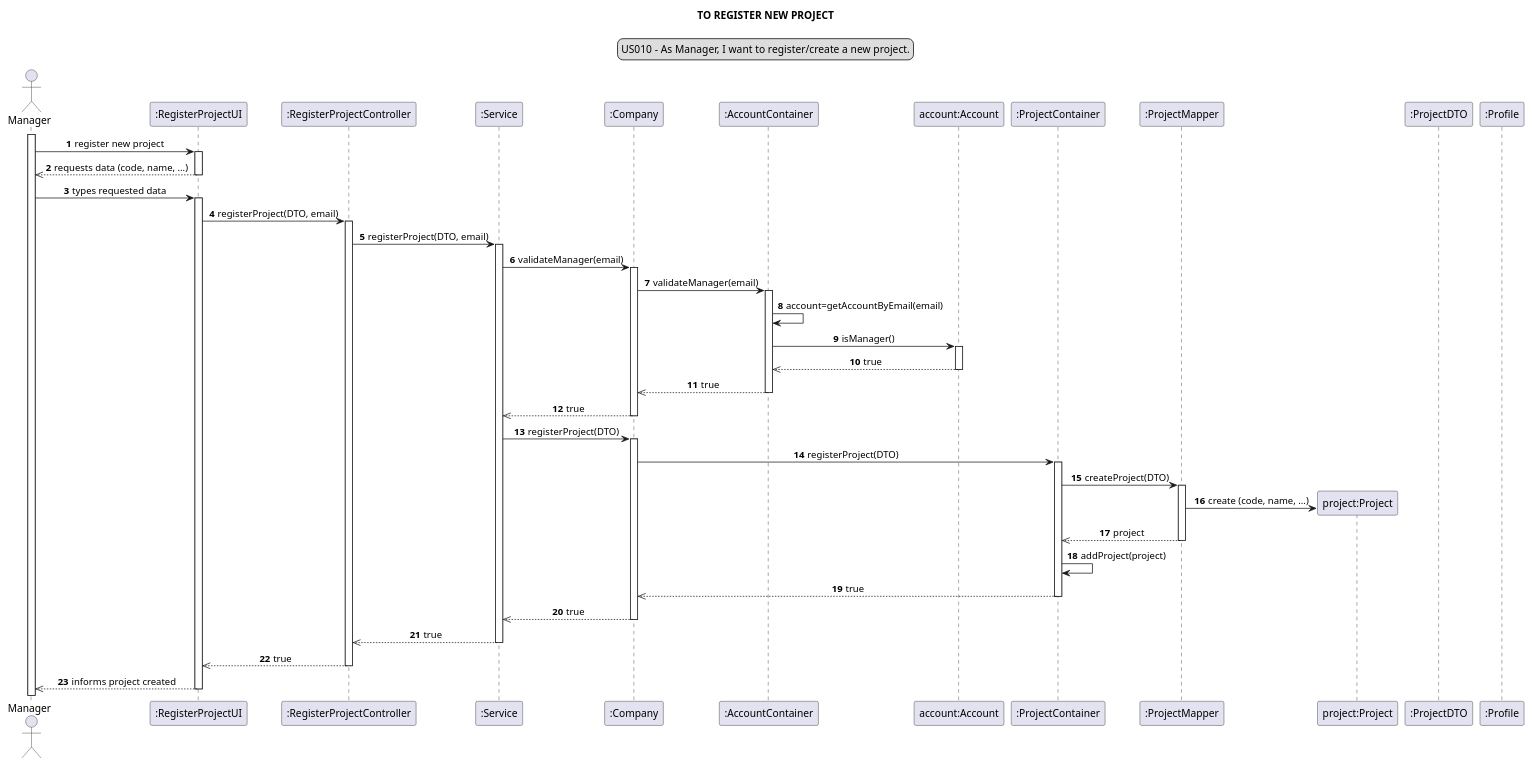
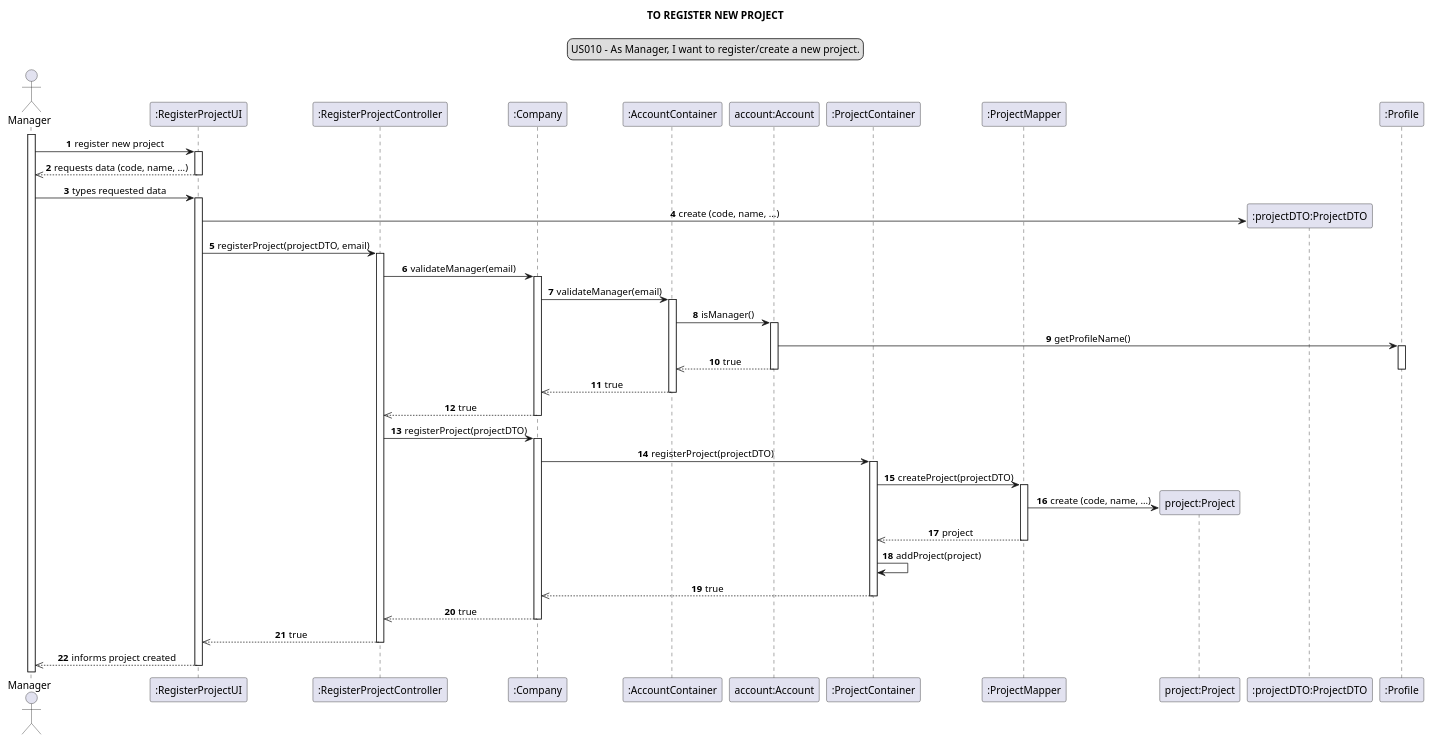
Before and after one commit to Loracline/project_switch_22-23: the diagram in docs/modelling_design/user_stories/us010/US010_sequenceDiagram.puml, drawn with PlantUML.

Commit message:
US010 : Design : Refinement of Sequence Diagram.

```diff
--- a/docs/modelling_design/user_stories/us010/US010_sequenceDiagram.puml
+++ b/docs/modelling_design/user_stories/us010/US010_sequenceDiagram.puml
@@ -1,69 +1,70 @@
 @startuml
 
 skinparam sequenceMessageAlign center
 title TO REGISTER NEW PROJECT
 legend top
 US010 - As Manager, I want to register/create a new project.
 end legend
 autonumber
 
 actor Manager as mg
 participant ":RegisterProjectUI" as ui
 participant ":RegisterProjectController" as controller
-participant ":Service" as ser
 participant ":Company" as comp
 participant ":AccountContainer" as ac
 participant "account:Account" as a
 participant ":ProjectContainer" as PC
 participant ":ProjectMapper" as mapper
 participant "project:Project" as project
-participant ":ProjectDTO" as dto
+participant ":projectDTO:ProjectDTO" as dto
 participant ":Profile" as pf
 
 activate mg
 mg ->ui : register new project
 activate ui
 ui -->> mg: requests data (code, name, ...)
 deactivate ui
 mg -> ui: types requested data
 activate ui
-ui -> controller: registerProject(DTO, email)
+create dto
+ui -> dto: create (code, name, ...)
+ui -> controller: registerProject(projectDTO, email)
 activate controller
-controller -> ser: registerProject(DTO, email)
-activate ser
-ser -> comp: validateManager(email)
+
+
+controller -> comp: validateManager(email)
 activate comp
 comp -> ac: validateManager(email)
 activate ac
-ac -> ac: account=getAccountByEmail(email)
 ac -> a: isManager()
 activate a
+a -> pf : getProfileName()
+activate pf
 a -->> ac: true
+deactivate pf
 deactivate a
 ac -->> comp: true
 deactivate ac
-comp -->> ser: true
+comp -->> controller: true
 deactivate comp
-ser -> comp: registerProject(DTO)
+controller -> comp: registerProject(projectDTO)
 activate comp
-comp -> PC : registerProject(DTO)
+comp -> PC : registerProject(projectDTO)
 activate PC
-PC -> mapper: createProject(DTO)
+PC -> mapper: createProject(projectDTO)
 activate mapper
 create project
 mapper -> project : create (code, name, ...)
 mapper -->> PC: project
 deactivate mapper
 PC -> PC : addProject(project)
 PC -->> comp : true
 deactivate PC
-comp -->>ser: true
+comp -->>controller: true
 deactivate comp
-ser -->> controller: true
-deactivate ser
 controller -->> ui : true
 deactivate controller
 ui -->> mg :  informs project created
 deactivate ui
 
 @enduml
```
